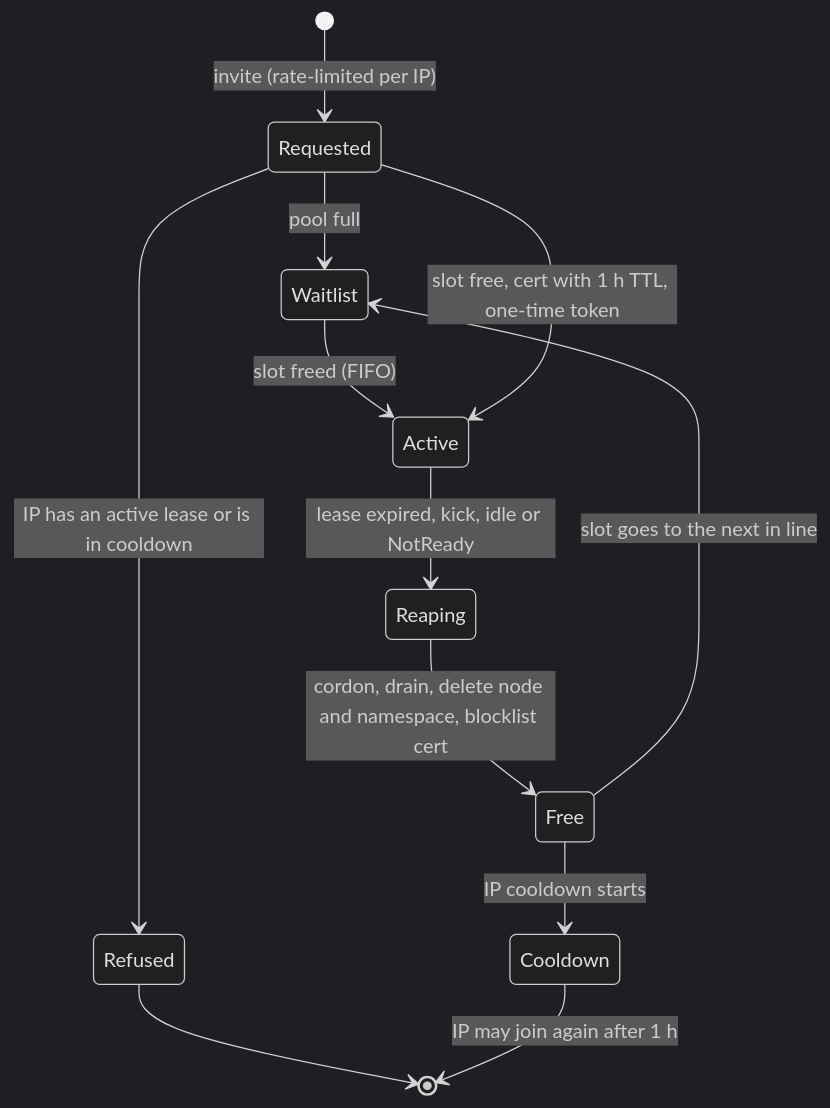
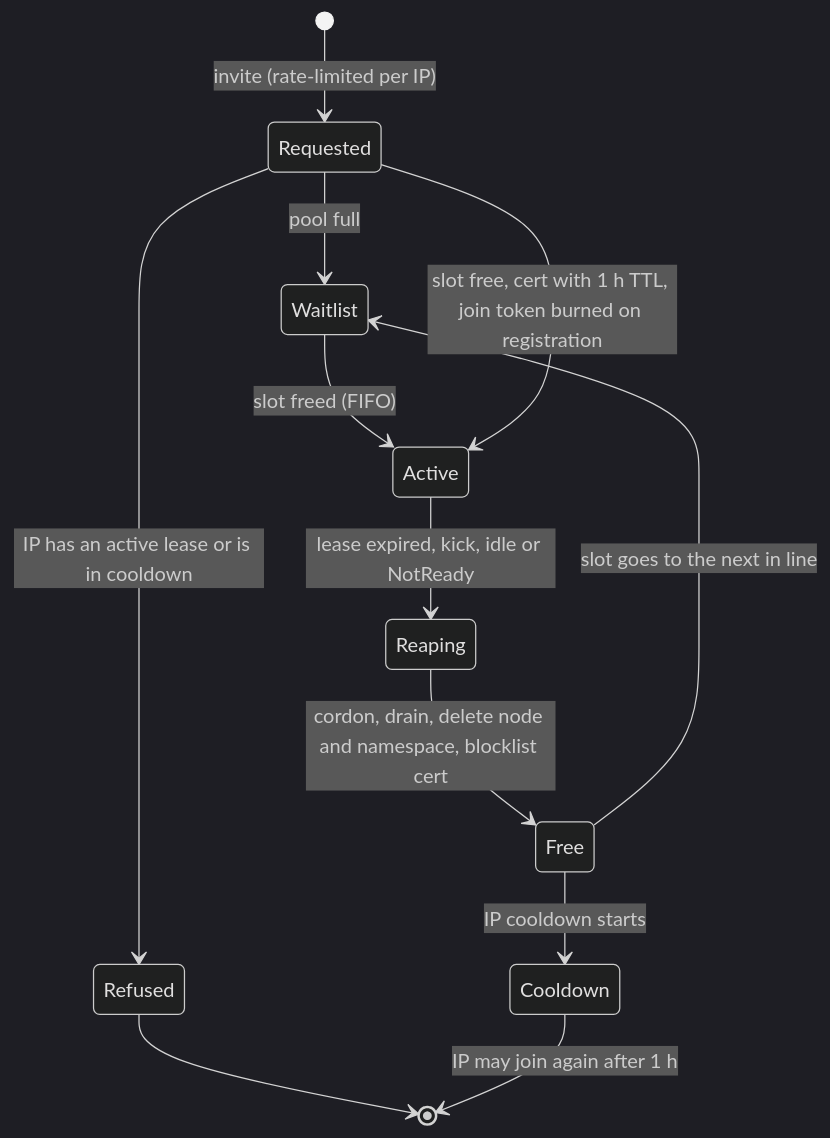
One commit to villadalmine/k8s-lan-party changed the second of 2 diagrams in docs/DESIGN.md. Above: the diagram before and after it, drawn with Mermaid (dark theme). The commit also changed other lines of this file and 76 other files, not shown here.

````diff
--- a/docs/DESIGN.md
+++ b/docs/DESIGN.md
@@ -271,14 +281,14 @@
 ```mermaid
 stateDiagram-v2
   [*] --> Requested: invite (rate-limited per IP)
   Requested --> Refused: IP has an active lease or is in cooldown
   Refused --> [*]
   Requested --> Waitlist: pool full
   Waitlist --> Active: slot freed (FIFO)
-  Requested --> Active: slot free, cert with 1 h TTL, one-time token
+  Requested --> Active: slot free, cert with 1 h TTL, join token burned on registration
   Active --> Reaping: lease expired, kick, idle or NotReady
   Reaping --> Free: cordon, drain, delete node and namespace, blocklist cert
   Free --> Cooldown: IP cooldown starts
   Free --> Waitlist: slot goes to the next in line
   Cooldown --> [*]: IP may join again after 1 h
 ```
````
